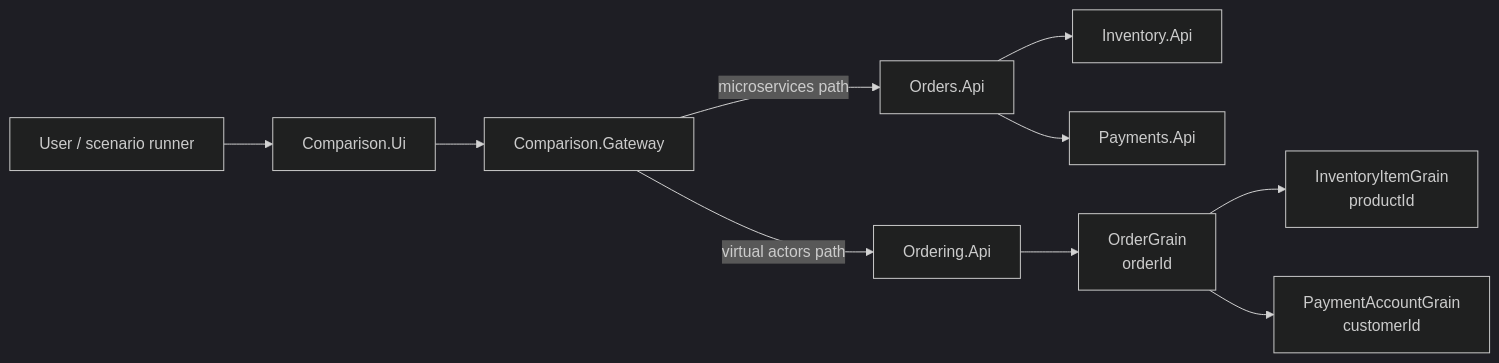
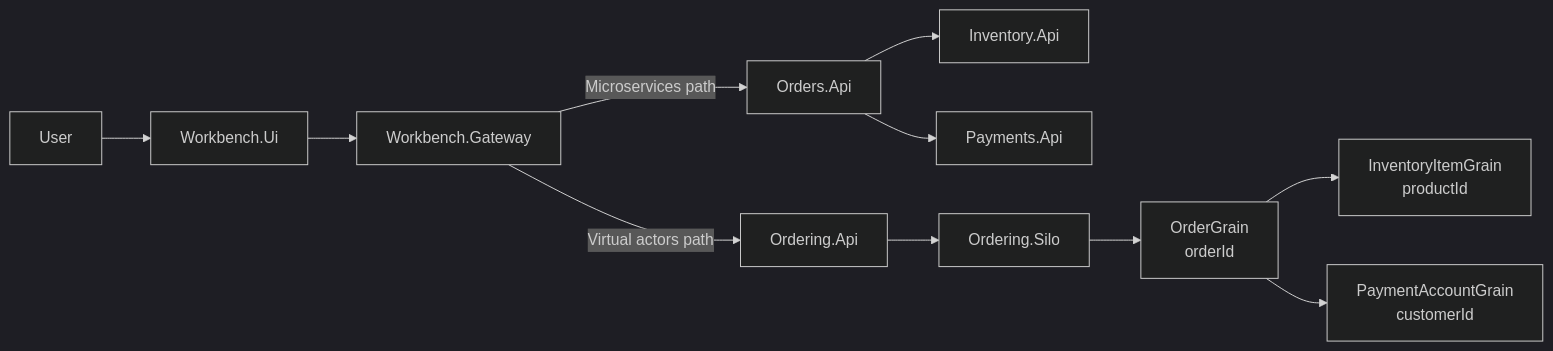
Before and after one commit to petesramek/microservices-vs-virtual-actors: the diagram in docs/01-problem.md, drawn with Mermaid (dark theme). The commit also changed other lines of this file and 39 other files, not shown here.

````diff
--- a/docs/01-problem.md
+++ b/docs/01-problem.md
@@ -16,30 +16,29 @@
 ```mermaid
 flowchart LR
-    User[User / scenario runner]
-    UI[Comparison.Ui]
-    Gateway[Comparison.Gateway]
+    User[User]
+    UI[Workbench.Ui]
+    Gateway[Workbench.Gateway]
 
     Orders[Orders.Api]
     Inventory[Inventory.Api]
     Payments[Payments.Api]
 
     OrderingApi[Ordering.Api]
-    OrderGrain[OrderGrain
-orderId]
-    InventoryGrain[InventoryItemGrain
-productId]
-    PaymentGrain[PaymentAccountGrain
-customerId]
+    OrderingSilo[Ordering.Silo]
+    OrderGrain[OrderGrain<br/>orderId]
+    InventoryGrain[InventoryItemGrain<br/>productId]
+    PaymentGrain[PaymentAccountGrain<br/>customerId]
 
     User --> UI
     UI --> Gateway
 
-    Gateway -->|microservices path| Orders
+    Gateway -->|Microservices path| Orders
     Orders --> Inventory
     Orders --> Payments
 
-    Gateway -->|virtual actors path| OrderingApi
-    OrderingApi --> OrderGrain
+    Gateway -->|Virtual actors path| OrderingApi
+    OrderingApi --> OrderingSilo
+    OrderingSilo --> OrderGrain
     OrderGrain --> InventoryGrain
     OrderGrain --> PaymentGrain
 ```
````
